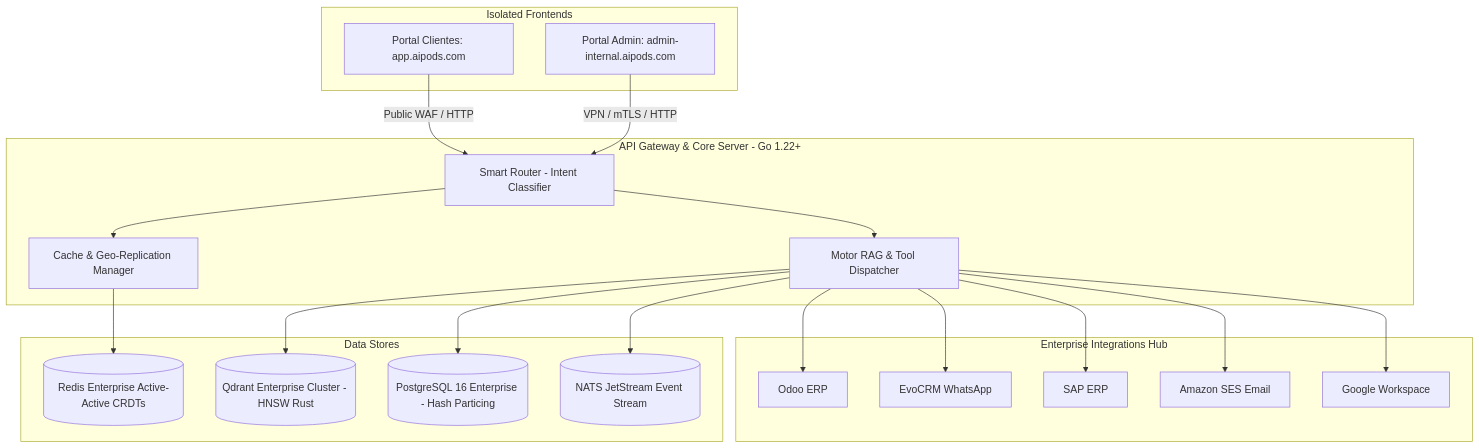
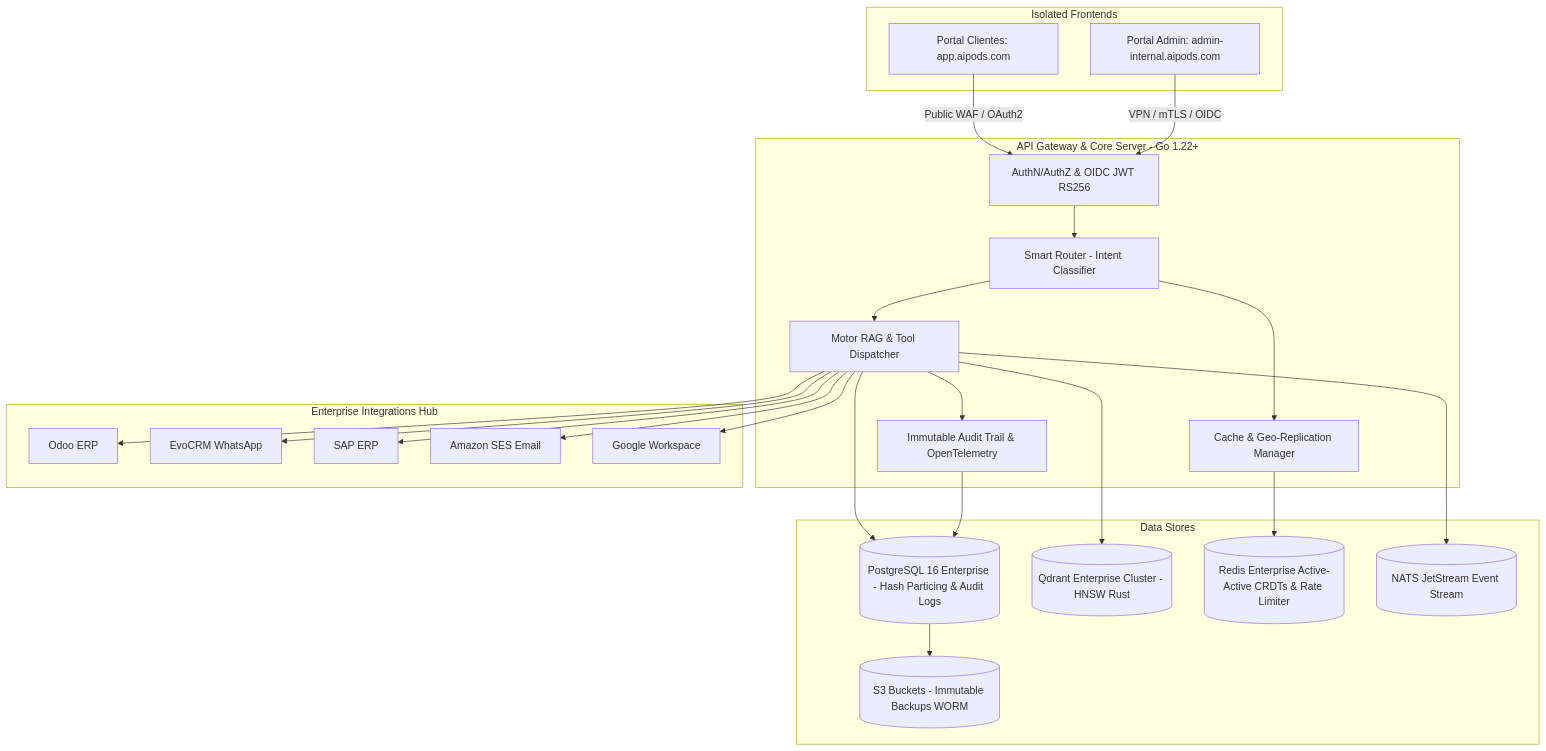
One commit to onlyone-ai-pods/aipods-core-engine changed the diagram in docs/SDD.md. Above: the diagram before and after it, drawn with Mermaid. The commit also changed other lines of this file and 4 other files, not shown here.

First line of the commit message:
[ADD] specs: add enterprise architecture parameters specification

````diff
--- a/docs/SDD.md
+++ b/docs/SDD.md
@@ -25,45 +26,53 @@
 ```mermaid
 graph TD
     subgraph Isolated Frontends
         ClientApp[Portal Clientes: app.aipods.com]
         AdminApp[Portal Admin: admin-internal.aipods.com]
     end
 
     subgraph API Gateway & Core Server - Go 1.22+
+        AuthEngine[AuthN/AuthZ & OIDC JWT RS256]
         Router[Smart Router - Intent Classifier]
         CacheManager[Cache & Geo-Replication Manager]
         RAGEngine[Motor RAG & Tool Dispatcher]
+        AuditLogger[Immutable Audit Trail & OpenTelemetry]
     end
 
     subgraph Data Stores
-        RelDB[(PostgreSQL 16 Enterprise - Hash Particing)]
+        RelDB[(PostgreSQL 16 Enterprise - Hash Particing & Audit Logs)]
         VectorDB[(Qdrant Enterprise Cluster - HNSW Rust)]
-        RedisCache[(Redis Enterprise Active-Active CRDTs)]
+        RedisCache[(Redis Enterprise Active-Active CRDTs & Rate Limiter)]
         NATSQueue[(NATS JetStream Event Stream)]
+        S3WORM[(S3 Buckets - Immutable Backups WORM)]
     end
 
     subgraph Enterprise Integrations Hub
         Odoo[Odoo ERP]
         EvoCRM[EvoCRM WhatsApp]
         SAP[SAP ERP]
         AmazonSES[Amazon SES Email]
         GoogleWorkspace[Google Workspace]
     end
 
-    ClientApp -->|Public WAF / HTTP| Router
-    AdminApp -->|VPN / mTLS / HTTP| Router
+    ClientApp -->|Public WAF / OAuth2| AuthEngine
+    AdminApp -->|VPN / mTLS / OIDC| AuthEngine
 
+    AuthEngine --> Router
     Router --> CacheManager
     CacheManager --> RedisCache
 
     Router --> RAGEngine
     RAGEngine --> VectorDB
     RAGEngine --> RelDB
     RAGEngine --> NATSQueue
 
+    RAGEngine --> AuditLogger
+    AuditLogger --> RelDB
+    RelDB --> S3WORM
+
     RAGEngine --> Odoo
     RAGEngine --> EvoCRM
     RAGEngine --> SAP
     RAGEngine --> AmazonSES
     RAGEngine --> GoogleWorkspace
 ```
````
